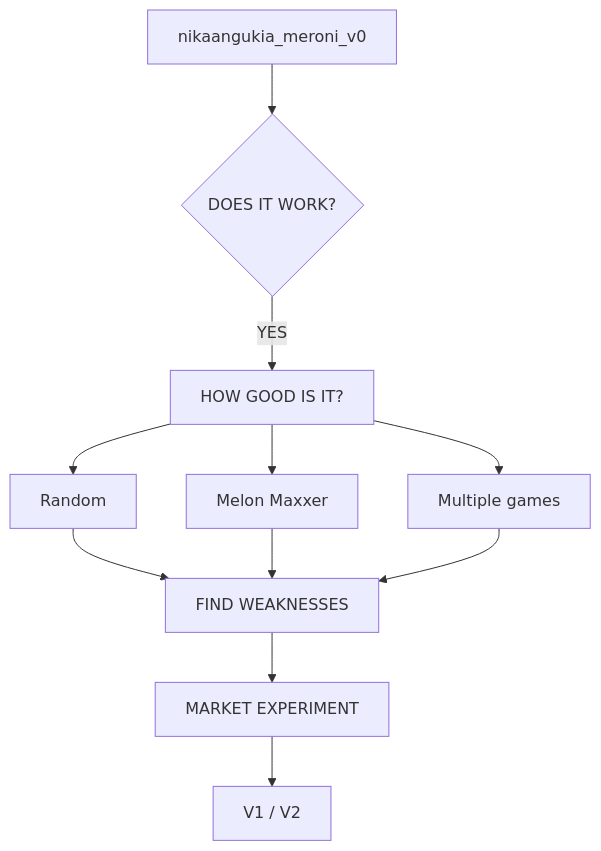
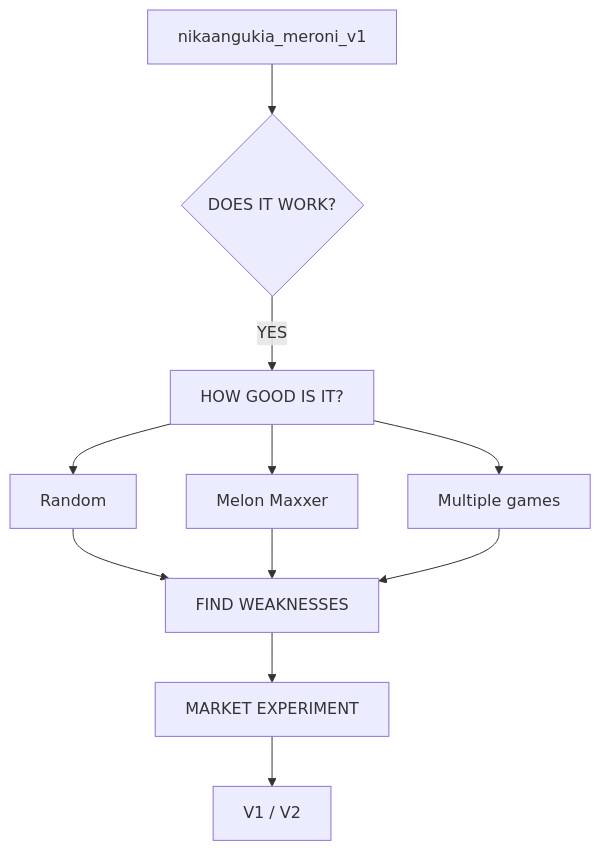
One commit to Kinjuriu/washamba_bots changed the fifth of 5 diagrams in README.md. Above: the diagram before and after it, drawn with Mermaid. The commit also changed other lines of this file and 5 other files, not shown here.

````diff
--- a/README.md
+++ b/README.md
@@ -153,16 +147,16 @@
 ```mermaid
 flowchart TD
-    agent["nikaangukia_meroni_v0"] --> works{"DOES IT WORK?"}
+    agent["nikaangukia_meroni_v1"] --> works{"DOES IT WORK?"}
     works -->|YES| quality["HOW GOOD IS IT?"]
 
     quality --> random["Random"]
     quality --> melon["Melon Maxxer"]
     quality --> multi["Multiple games"]
 
     random --> weaknesses["FIND WEAKNESSES"]
     melon --> weaknesses
     multi --> weaknesses
 
     weaknesses --> market["MARKET EXPERIMENT"]
     market --> version["V1 / V2"]
 ```
````
